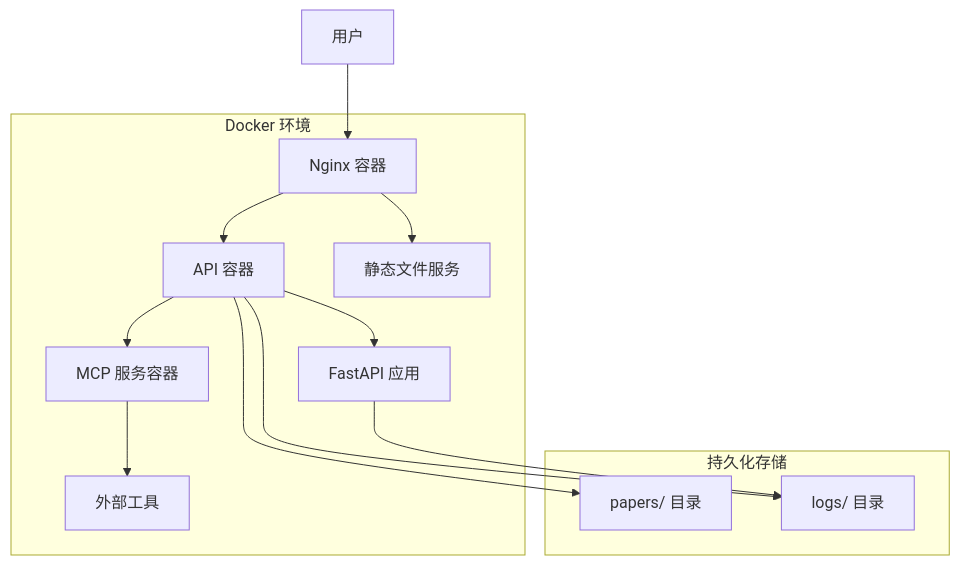
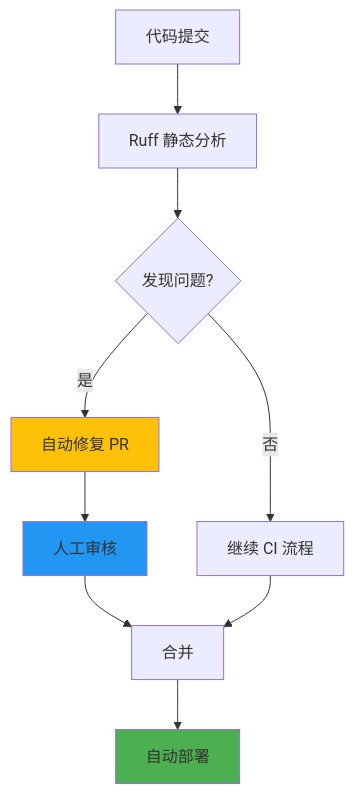
One commit to ThreeFish-AI/papers changed the fourth of 5 diagrams in docs/01-Framework.md. Above: the diagram before and after it, drawn with Mermaid. The commit also changed other lines of this file, not shown here.

````diff
--- a/docs/01-Framework.md
+++ b/docs/01-Framework.md
@@ -395,21 +288,15 @@
 ```mermaid
-flowchart TB
-    subgraph Docker [Docker 环境]
-        A[API 容器] --> B[FastAPI 应用]
-        C[Nginx 容器] --> D[静态文件服务]
-        E[MCP 服务容器] --> F[外部工具]
-    end
+flowchart TD
+    A[代码提交] --> B[Ruff 静态分析]
+    B --> C{发现问题?}
+    C -->|是| D[自动修复 PR]
+    C -->|否| E[继续 CI 流程]
+    D --> F[人工审核]
+    F --> G[合并]
+    E --> G
+    G --> H[自动部署]
 
-    G[用户] --> C
-    C --> A
-    A --> E
-
-    subgraph Storage [持久化存储]
-        H[papers/ 目录]
-        I[logs/ 目录]
-    end
-
-    A --> H
-    A --> I
-    B --> I
+    style D fill:#FFC107
+    style F fill:#2196F3
+    style H fill:#4CAF50
 ```
````
